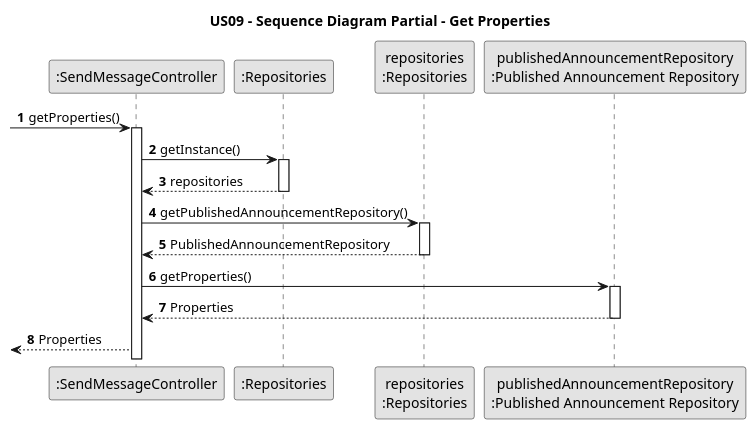
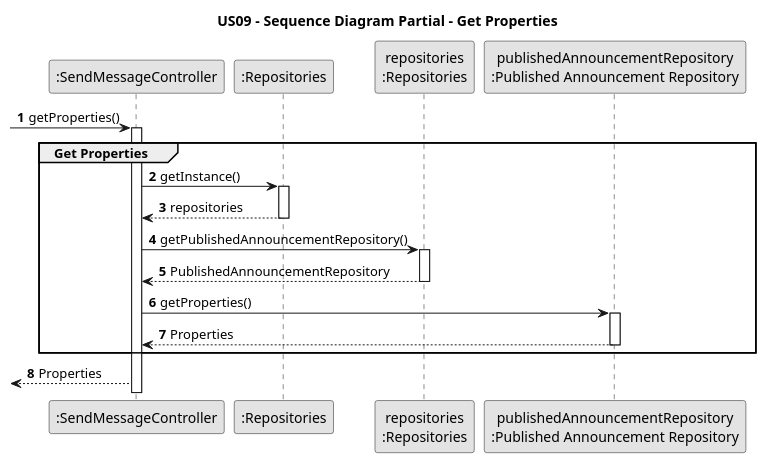
Before and after one commit to PureNimble/ISEP-LAPR2: the diagram in docs/sprintC/US09/03.design/puml/us09-sequence-diagram-partial-get-properties.puml, drawn with PlantUML. The commit also changed 9 other files, not shown here.

Commit message:
US09 Added all svg Updated Read Me with all svg Sequence Diagram Partial (Get User Information) small correction Sequence Diagram Partial (Get Properties) small correction Sequence Diagram Partial (Create Message) small correction

```diff
--- a/docs/sprintC/US09/03.design/puml/us09-sequence-diagram-partial-get-properties.puml
+++ b/docs/sprintC/US09/03.design/puml/us09-sequence-diagram-partial-get-properties.puml
@@ -1,45 +1,48 @@
 @startuml
 skinparam monochrome true
 skinparam packageStyle rectangle
 skinparam shadowing false
 
 title US09 - Sequence Diagram Partial - Get Properties
 
 autonumber
 
 'hide footbox
 
 participant ":SendMessageController" as CTRL
 participant ":Repositories" as Repository
 participant "repositories\n:Repositories" as Repository2
 participant "publishedAnnouncementRepository\n:Published Announcement Repository" as publishedAnnouncementRepository
 
 autonumber
 
 -> CTRL : getProperties()
             activate CTRL
+
+            group Get Properties
 
 
             CTRL -> Repository : getInstance()
                 activate Repository
 
             Repository --> CTRL : repositories
                 deactivate Repository
 
             CTRL -> Repository2 : getPublishedAnnouncementRepository()
                 activate Repository2
 
             Repository2 --> CTRL : PublishedAnnouncementRepository
                 deactivate Repository2
 
             CTRL -> publishedAnnouncementRepository : getProperties()
 
                 activate publishedAnnouncementRepository
 
             publishedAnnouncementRepository --> CTRL : Properties
 
                 deactivate publishedAnnouncementRepository
 
+        end
 
         <-- CTRL : Properties
 @enduml
```
